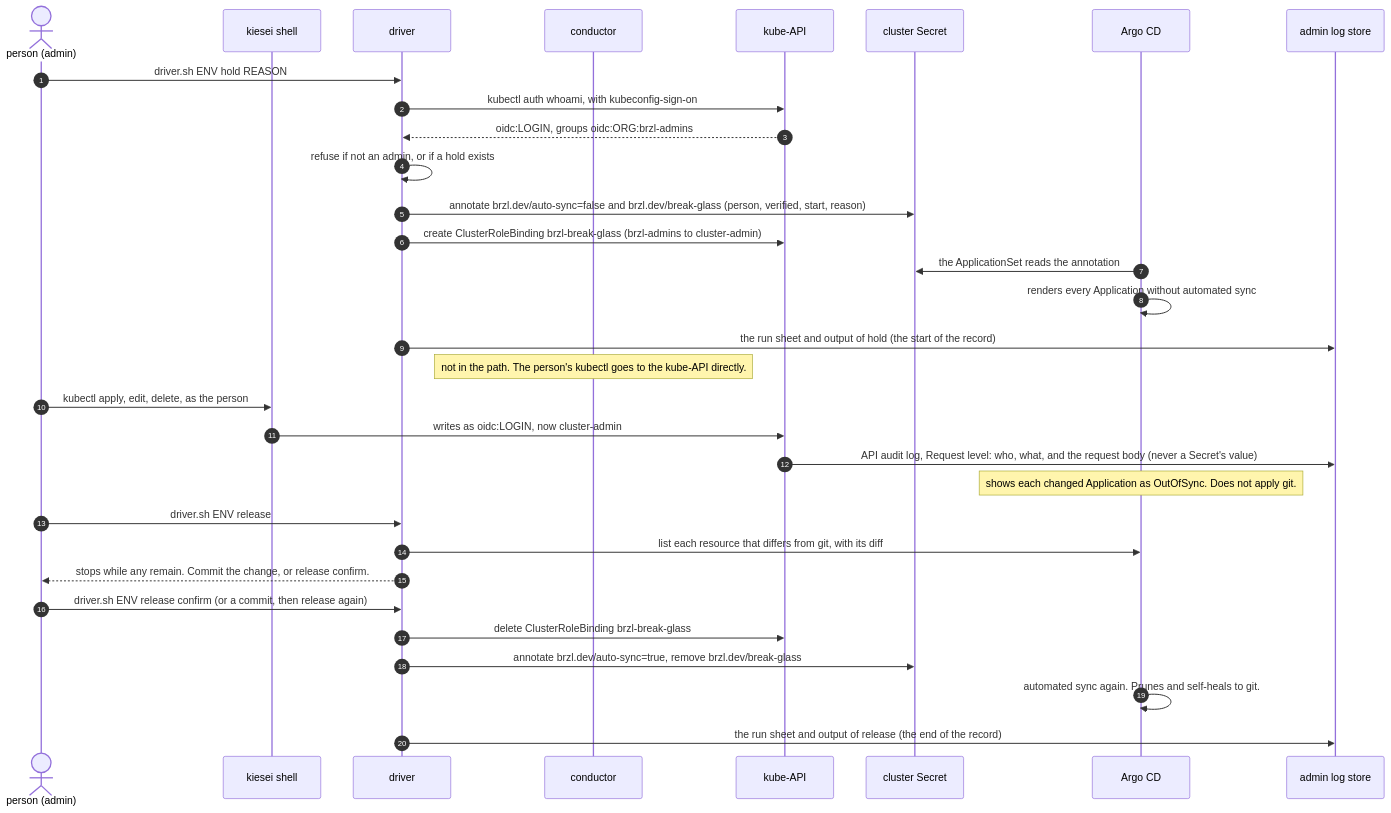
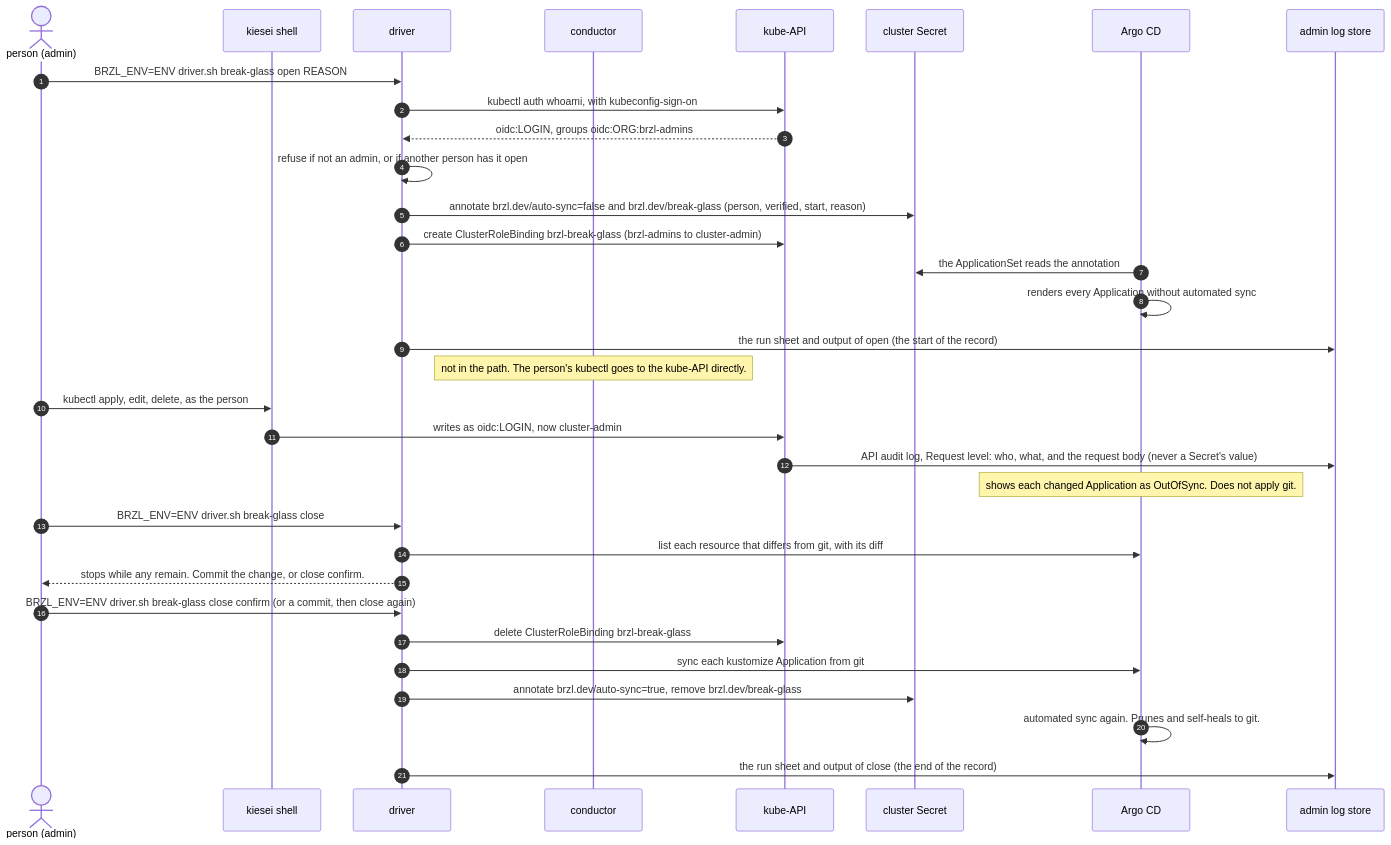
The diagram in docs/BREAK-GLASS.md (ryderdain/barzel-cluster), drawn with Mermaid before and after one commit. The commit also changed other lines of this file and 16 other files, not shown here.

````diff
--- a/docs/BREAK-GLASS.md
+++ b/docs/BREAK-GLASS.md
@@ -221,34 +229,35 @@
 ```mermaid
 sequenceDiagram
   autonumber
   actor P as person (admin)
   participant S as kiesei shell
   participant D as driver
   participant C as conductor
   participant K as kube-API
   participant CS as cluster Secret
   participant A as Argo CD
   participant L as admin log store
-  P->>D: driver.sh ENV hold REASON
+  P->>D: BRZL_ENV=ENV driver.sh break-glass open REASON
   D->>K: kubectl auth whoami, with kubeconfig-sign-on
   K-->>D: oidc:LOGIN, groups oidc:ORG:brzl-admins
-  D->>D: refuse if not an admin, or if a hold exists
+  D->>D: refuse if not an admin, or if another person has it open
   D->>CS: annotate brzl.dev/auto-sync=false and brzl.dev/break-glass (person, verified, start, reason)
   D->>K: create ClusterRoleBinding brzl-break-glass (brzl-admins to cluster-admin)
   A->>CS: the ApplicationSet reads the annotation
   A->>A: renders every Application without automated sync
-  D->>L: the run sheet and output of hold (the start of the record)
+  D->>L: the run sheet and output of open (the start of the record)
   Note over C: not in the path. The person's kubectl goes to the kube-API directly.
   P->>S: kubectl apply, edit, delete, as the person
   S->>K: writes as oidc:LOGIN, now cluster-admin
   K->>L: API audit log, Request level: who, what, and the request body (never a Secret's value)
   Note over A: shows each changed Application as OutOfSync. Does not apply git.
-  P->>D: driver.sh ENV release
+  P->>D: BRZL_ENV=ENV driver.sh break-glass close
   D->>A: list each resource that differs from git, with its diff
-  D-->>P: stops while any remain. Commit the change, or release confirm.
-  P->>D: driver.sh ENV release confirm (or a commit, then release again)
+  D-->>P: stops while any remain. Commit the change, or close confirm.
+  P->>D: BRZL_ENV=ENV driver.sh break-glass close confirm (or a commit, then close again)
   D->>K: delete ClusterRoleBinding brzl-break-glass
+  D->>A: sync each kustomize Application from git
   D->>CS: annotate brzl.dev/auto-sync=true, remove brzl.dev/break-glass
   A->>A: automated sync again. Prunes and self-heals to git.
-  D->>L: the run sheet and output of release (the end of the record)
+  D->>L: the run sheet and output of close (the end of the record)
 ```
````
